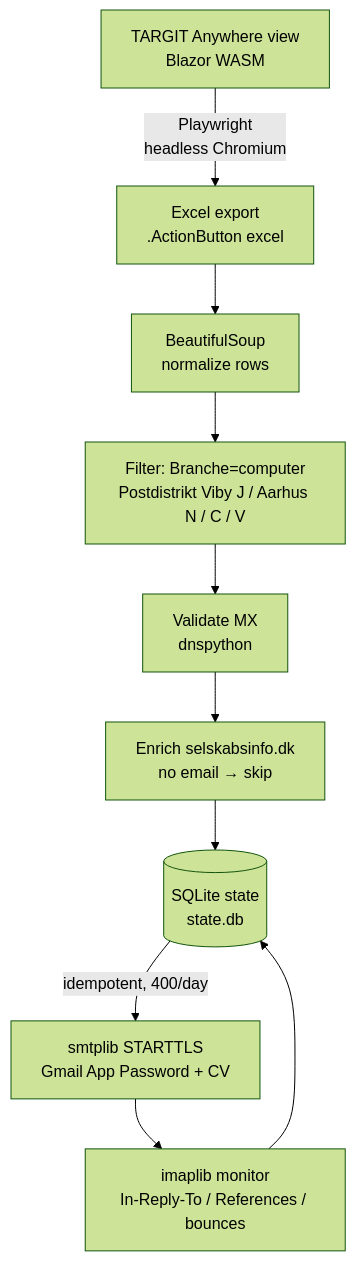
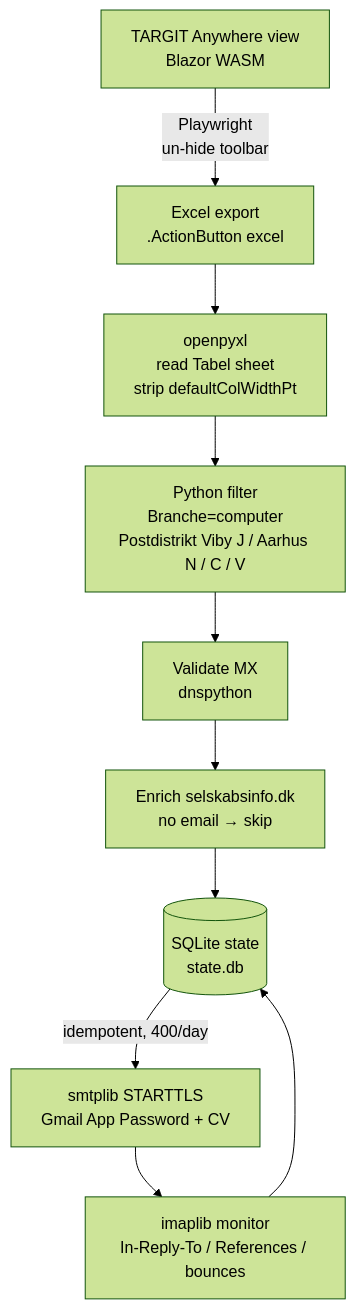
The first of 2 diagrams in 04_ADRs/612-cv-sender.md (padawont/Homelab), drawn with Mermaid (forest theme) before and after one commit. The commit also changed other lines of this file and 7 other files, not shown here.

````diff
--- a/04_ADRs/612-cv-sender.md
+++ b/04_ADRs/612-cv-sender.md
@@ -103,12 +111,12 @@
 ```mermaid
 graph TD
-    TARGIT[TARGIT Anywhere view<br/>Blazor WASM] -->|Playwright<br/>headless Chromium| SCRAPE[Excel export<br/>.ActionButton excel]
-    SCRAPE --> NORM[BeautifulSoup<br/>normalize rows]
-    NORM --> FILTER[Filter: Branche=computer<br/>Postdistrikt Viby J / Aarhus N / C / V]
+    TARGIT[TARGIT Anywhere view<br/>Blazor WASM] -->|Playwright<br/>un-hide toolbar| SCRAPE[Excel export<br/>.ActionButton excel]
+    SCRAPE --> NORM[openpyxl<br/>read Tabel sheet<br/>strip defaultColWidthPt]
+    NORM --> FILTER[Python filter<br/>Branche=computer<br/>Postdistrikt Viby J / Aarhus N / C / V]
     FILTER --> VALIDATE[Validate MX<br/>dnspython]
     VALIDATE --> ENRICH[Enrich selskabsinfo.dk<br/>no email → skip]
     ENRICH --> STATE[(SQLite state<br/>state.db)]
     STATE -->|idempotent, 400/day| SEND[smtplib STARTTLS<br/>Gmail App Password + CV]
     SEND --> MON[imaplib monitor<br/>In-Reply-To / References / bounces]
     MON --> STATE
 ```
````
